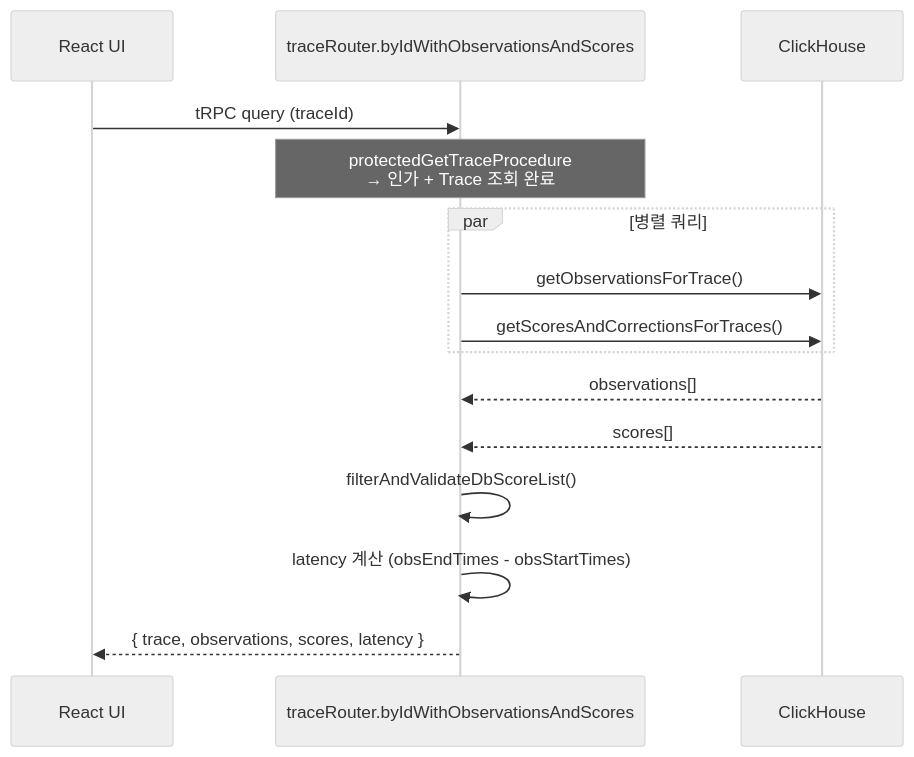
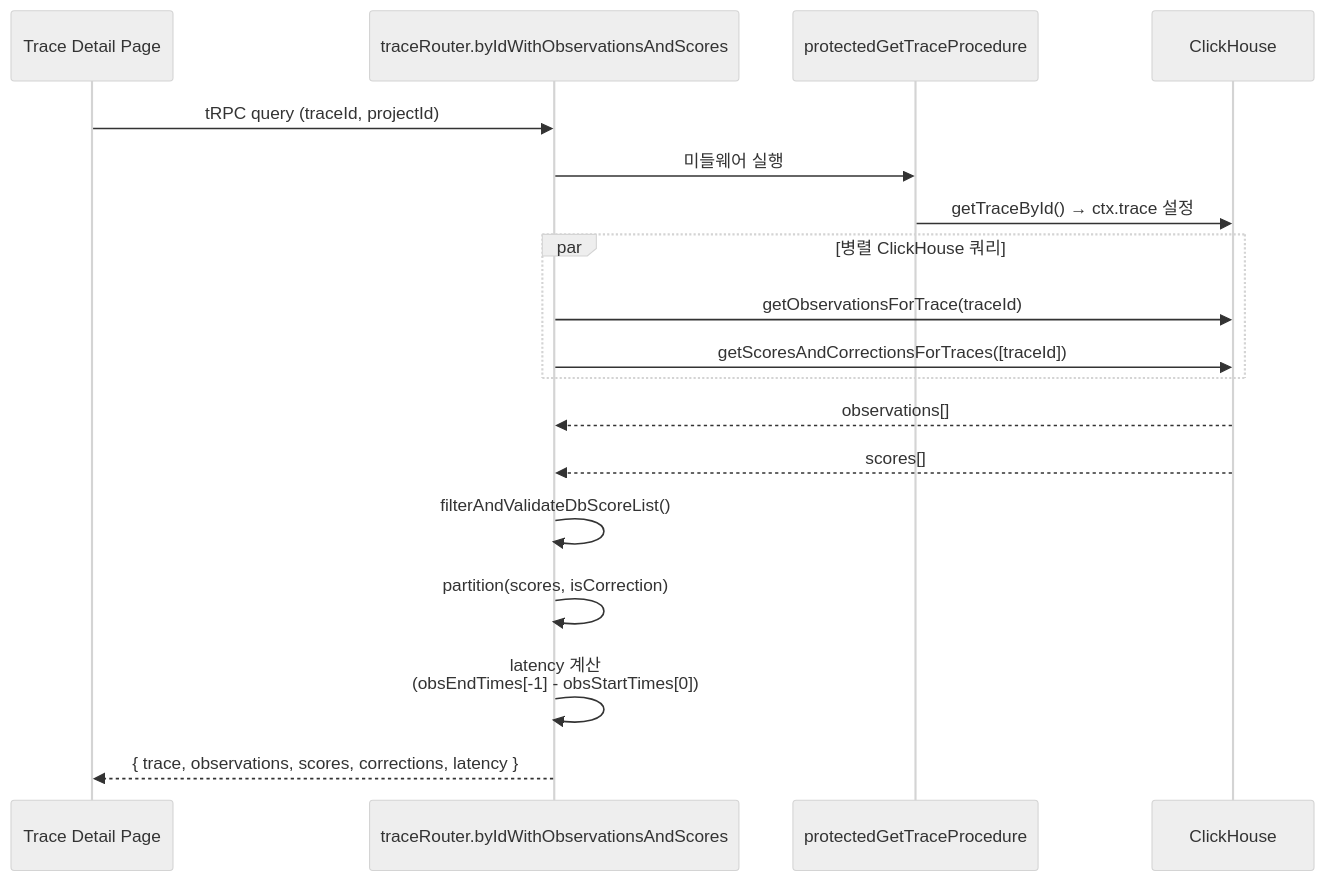
Before and after one commit to dhs-shine/langfuse: the eighth of 11 diagrams in docs/50-source-analysis/12-query-source-breakdown.md, drawn with Mermaid (neutral theme). The commit also changed other lines of this file and 3 other files, not shown here.

````diff
--- a/docs/50-source-analysis/12-query-source-breakdown.md
+++ b/docs/50-source-analysis/12-query-source-breakdown.md
@@ -209,21 +213,25 @@
 ```mermaid
 sequenceDiagram
-    participant UI as React UI
+    participant UI as Trace Detail Page
     participant Router as traceRouter.byIdWithObservationsAndScores
+    participant MW as protectedGetTraceProcedure
     participant CH as ClickHouse
 
-    UI->>Router: tRPC query (traceId)
-    Note over Router: protectedGetTraceProcedure<br/>→ 인가 + Trace 조회 완료
+    UI->>Router: tRPC query (traceId, projectId)
+    Router->>MW: 미들웨어 실행
+    MW->>CH: getTraceById() → ctx.trace 설정
 
-    par 병렬 쿼리
-        Router->>CH: getObservationsForTrace()
-        Router->>CH: getScoresAndCorrectionsForTraces()
+    par 병렬 ClickHouse 쿼리
+        Router->>CH: getObservationsForTrace(traceId)
+        Router->>CH: getScoresAndCorrectionsForTraces([traceId])
     end
 
     CH-->>Router: observations[]
     CH-->>Router: scores[]
 
     Router->>Router: filterAndValidateDbScoreList()
-    Router->>Router: latency 계산 (obsEndTimes - obsStartTimes)
-    Router-->>UI: { trace, observations, scores, latency }
+    Router->>Router: partition(scores, isCorrection)
+    Router->>Router: latency 계산<br/>(obsEndTimes[-1] - obsStartTimes[0])
+
+    Router-->>UI: { trace, observations, scores, corrections, latency }
 ```
````
